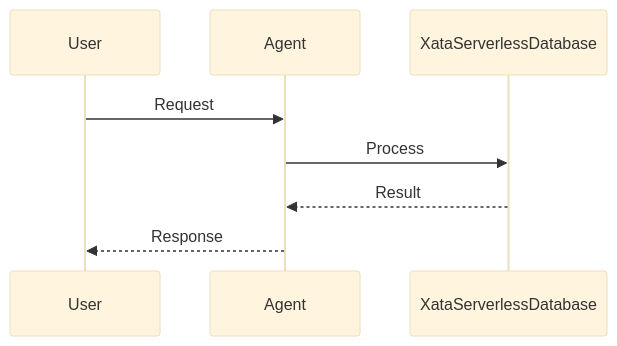
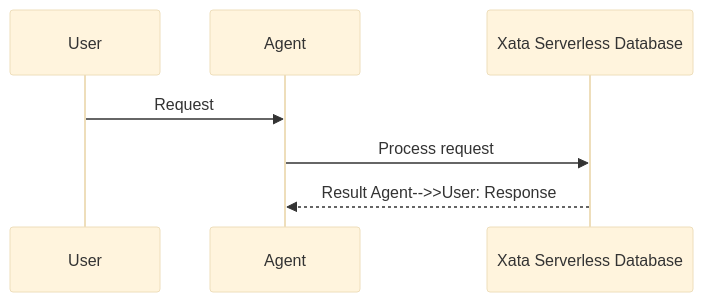
Before and after one commit to MervinPraison/PraisonAIDocs: the second of 2 diagrams in docs/features/xata.mdx, drawn with Mermaid (base theme). The commit also changed 204 other files, not shown here.

First line of the commit message:
docs: align feature/tool pages with AGENTS.md hero, sequence, and import standards (#1777)

````diff
--- a/docs/features/xata.mdx
+++ b/docs/features/xata.mdx
@@ -56,11 +56,10 @@
 ```mermaid
 sequenceDiagram
     participant User
     participant Agent
-    participant XataServerlessDatabase
+    participant Feature as Xata Serverless Database
 
     User->>Agent: Request
-    Agent->>XataServerlessDatabase: Process
-    XataServerlessDatabase-->>Agent: Result
-    Agent-->>User: Response
+    Agent->>Feature: Process request
+    Feature-->>Agent: Result    Agent-->>User: Response
 ```
````
